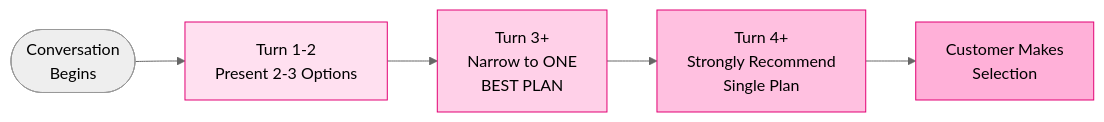
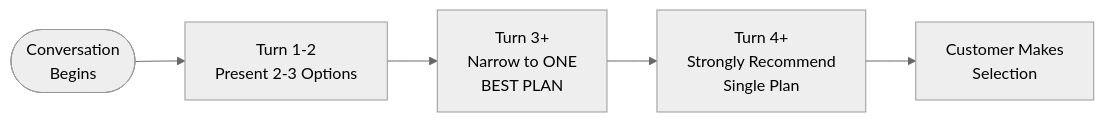
One commit to MKovacik/Simulator2 changed the third of 3 diagrams in README.md. Above: the diagram before and after it, drawn with Mermaid (neutral theme).

Commit message:
fix colors in readme diagrams

````diff
--- a/README.md
+++ b/README.md
@@ -193,12 +193,7 @@
 ```mermaid
 flowchart LR
     Start([Conversation\nBegins]) --> Turn1[Turn 1-2\nPresent 2-3 Options]
     Turn1 --> Turn3[Turn 3+\nNarrow to ONE\nBEST PLAN]
     Turn3 --> Turn4[Turn 4+\nStrongly Recommend\nSingle Plan]
     Turn4 --> Selection[Customer Makes\nSelection]
-    
-    style Turn1 fill:#ffe0f0,stroke:#e20074
-    style Turn3 fill:#ffd0e8,stroke:#e20074
-    style Turn4 fill:#ffc0e0,stroke:#e20074
-    style Selection fill:#ffb0d8,stroke:#e20074
 ```
````
